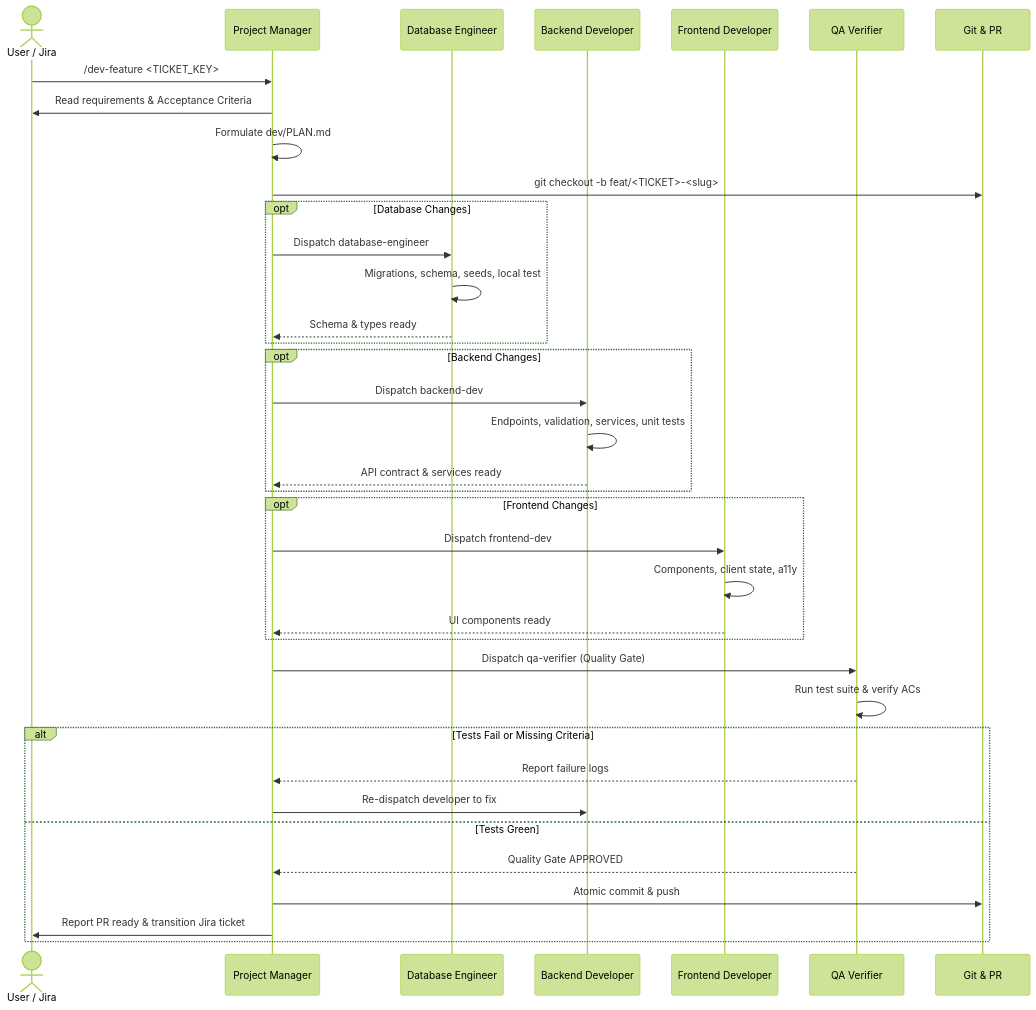
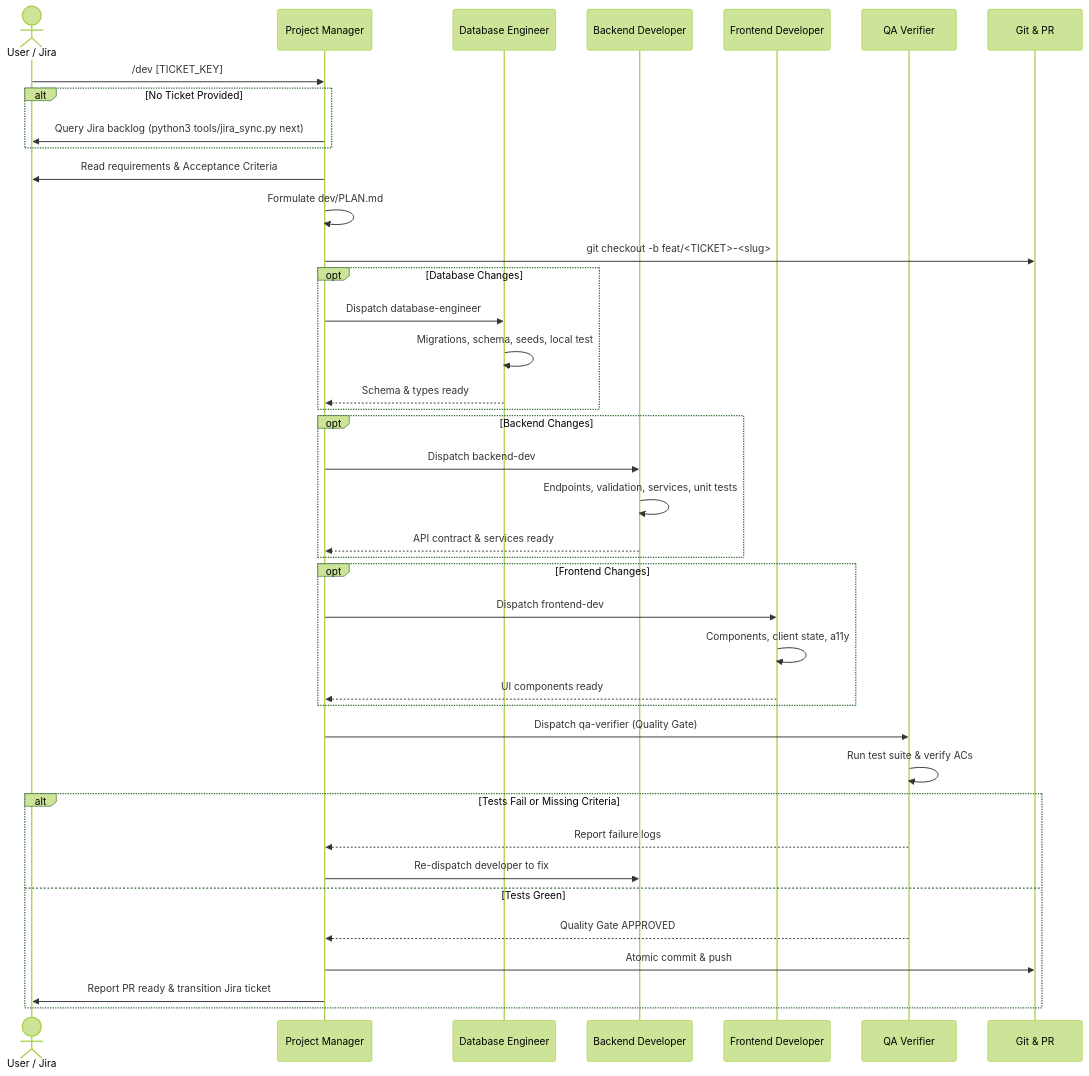
Before and after one commit to victorfigueira/dev-kit: the diagram in RUN.md, drawn with Mermaid (forest theme). The commit also changed other lines of this file and 14 other files, not shown here.

Commit message:
v0.2.0: autonomous backlog orchestration and unified /dev command

````diff
--- a/RUN.md
+++ b/RUN.md
@@ -9,40 +9,43 @@
 ```mermaid
 sequenceDiagram
     actor U as User / Jira
     participant PM as Project Manager
     participant DB as Database Engineer
     participant BE as Backend Developer
     participant FE as Frontend Developer
     participant QA as QA Verifier
     participant G as Git & PR
 
-    U->>PM: /dev-feature <TICKET_KEY>
+    U->>PM: /dev [TICKET_KEY]
+    alt No Ticket Provided
+        PM->>U: Query Jira backlog (python3 tools/jira_sync.py next)
+    end
     PM->>U: Read requirements & Acceptance Criteria
     PM->>PM: Formulate dev/PLAN.md
     PM->>G: git checkout -b feat/<TICKET>-<slug>
     opt Database Changes
         PM->>DB: Dispatch database-engineer
         DB->>DB: Migrations, schema, seeds, local test
         DB-->>PM: Schema & types ready
     end
     opt Backend Changes
         PM->>BE: Dispatch backend-dev
         BE->>BE: Endpoints, validation, services, unit tests
         BE-->>PM: API contract & services ready
     end
     opt Frontend Changes
         PM->>FE: Dispatch frontend-dev
         FE->>FE: Components, client state, a11y
         FE-->>PM: UI components ready
     end
     PM->>QA: Dispatch qa-verifier (Quality Gate)
     QA->>QA: Run test suite & verify ACs
     alt Tests Fail or Missing Criteria
         QA-->>PM: Report failure logs
         PM->>BE: Re-dispatch developer to fix
     else Tests Green
         QA-->>PM: Quality Gate APPROVED
         PM->>G: Atomic commit & push
         PM->>U: Report PR ready & transition Jira ticket
     end
 ```
````
